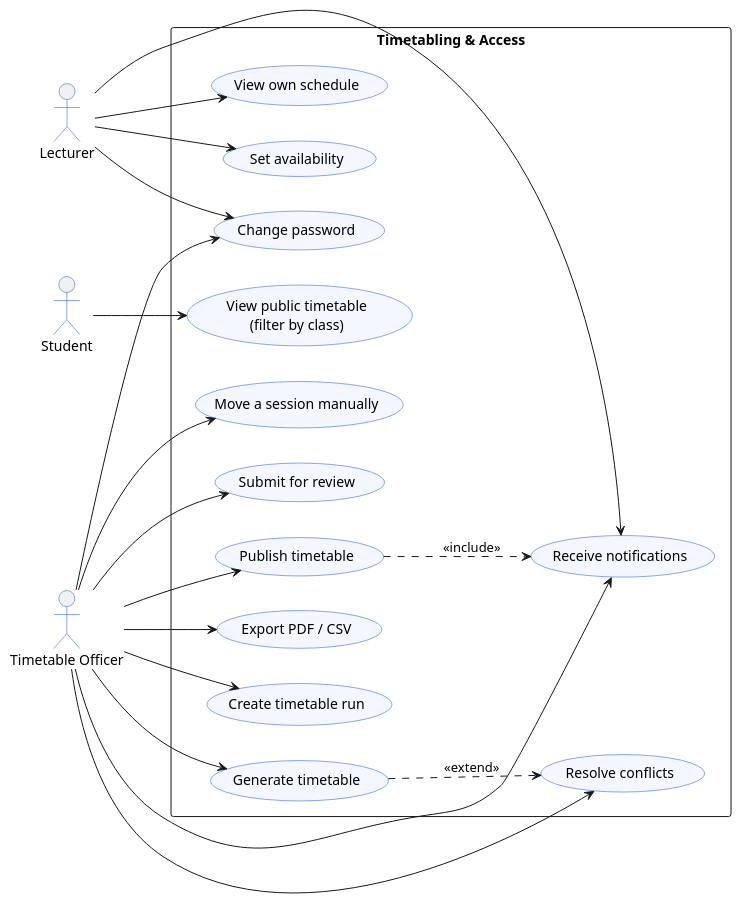
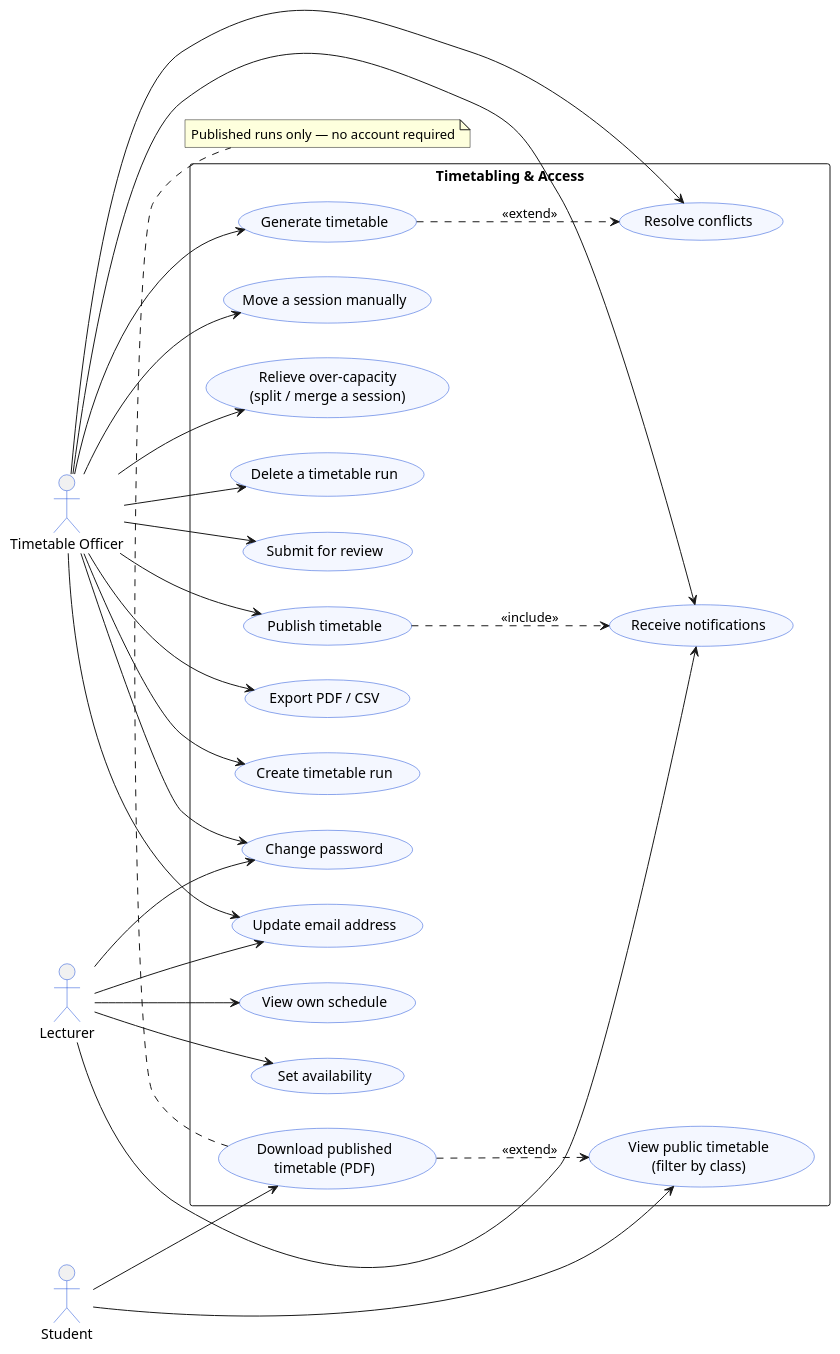
The diagram in docs/report/diagrams/usecase_pres_b.puml (Bradfordnfor/Final-Year-Project), drawn with PlantUML before and after one commit. The commit also changed 11 other files, not shown here.

Commit message:
report: document over-capacity relief, bulk-import preview, and the faculties-have-classes readiness check in CH3/CH4; add officer/student/analytics use cases to the use-case diagrams; fix and re-render the generation activity diagram

```diff
--- a/docs/report/diagrams/usecase_pres_b.puml
+++ b/docs/report/diagrams/usecase_pres_b.puml
@@ -1,53 +1,65 @@
 @startuml usecase_pres_b
 ' Presentation use case — Part B: Timetabling & Access
 ' Actors: Timetable Officer, Lecturer, Student
 left to right direction
 skinparam shadowing false
 skinparam packageStyle rectangle
 skinparam actorBorderColor #1D4ED8
 skinparam usecaseBorderColor #1D4ED8
 skinparam usecaseBackgroundColor #F4F7FF
 
 actor "Timetable Officer" as TO
 actor "Lecturer" as LE
 actor "Student" as ST
 
 rectangle "Timetabling & Access" {
   usecase "Create timetable run" as UC_run
   usecase "Generate timetable" as UC_gen
   usecase "Resolve conflicts" as UC_conf
   usecase "Move a session manually" as UC_move
+  usecase "Relieve over-capacity\n(split / merge a session)" as UC_relieve
+  usecase "Delete a timetable run" as UC_delrun
   usecase "Submit for review" as UC_submit
   usecase "Publish timetable" as UC_pub
   usecase "Export PDF / CSV" as UC_export
 
   usecase "Set availability" as UC_avail
   usecase "View own schedule" as UC_own
 
   usecase "View public timetable\n(filter by class)" as UC_public
+  usecase "Download published\ntimetable (PDF)" as UC_pubdl
 
   usecase "Receive notifications" as UC_notif
   usecase "Change password" as UC_pwd
+  usecase "Update email address" as UC_email
 }
 
 TO --> UC_run
 TO --> UC_gen
 TO --> UC_conf
 TO --> UC_move
+TO --> UC_relieve
+TO --> UC_delrun
 TO --> UC_submit
 TO --> UC_pub
 TO --> UC_export
 TO --> UC_notif
 TO --> UC_pwd
+TO --> UC_email
 
 LE --> UC_avail
 LE --> UC_own
 LE --> UC_notif
 LE --> UC_pwd
+LE --> UC_email
 
 ST --> UC_public
+ST --> UC_pubdl
 
 UC_gen ..> UC_conf : <<extend>>
 UC_pub ..> UC_notif : <<include>>
+UC_pubdl ..> UC_public : <<extend>>
+
+note bottom of UC_pubdl : Published runs only — no account required
 
 @enduml
```
